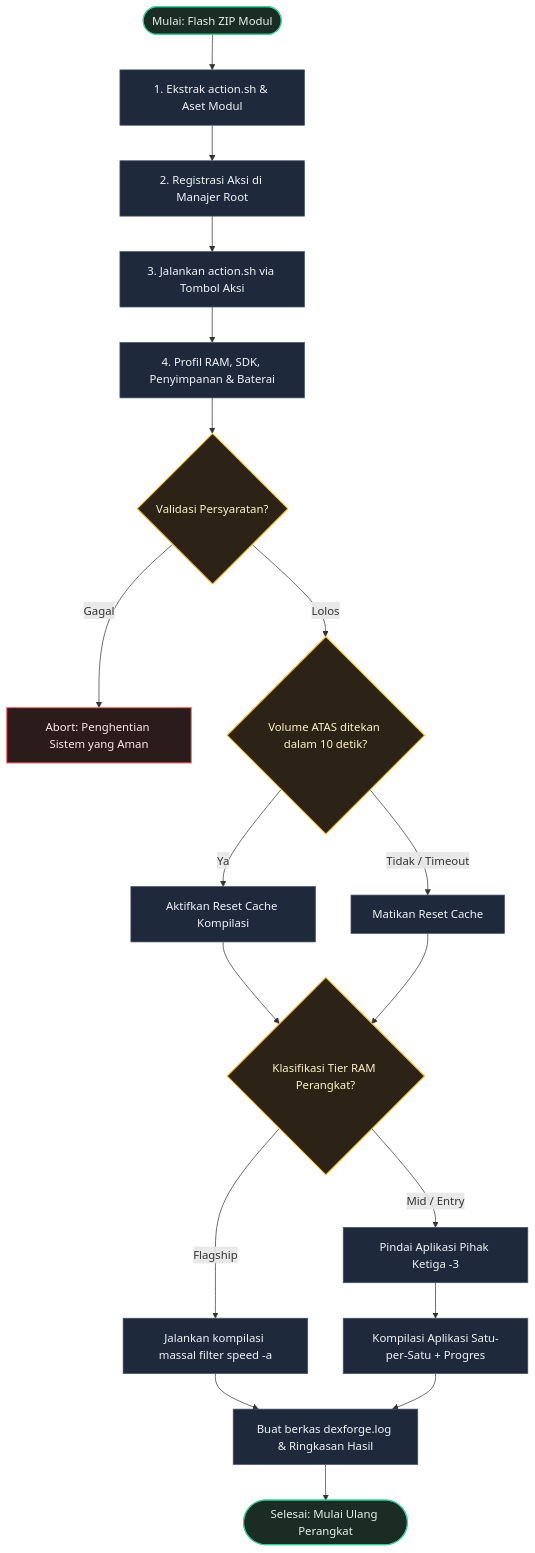
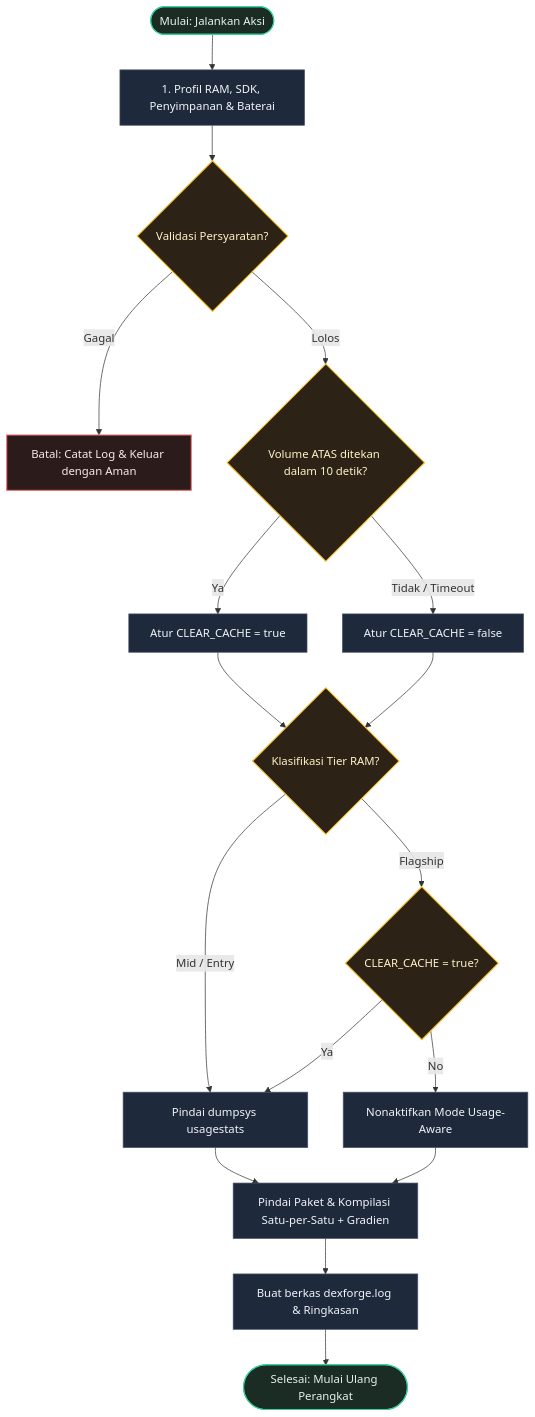
Before and after one commit to dyokism/DexForge: the second of 2 diagrams in README.id.md, drawn with Mermaid. The commit also changed other lines of this file and 9 other files, not shown here.

First line of the commit message:
feat: add usage-aware compilation & dynamic CPU sets (v2.1)

````diff
--- a/README.id.md
+++ b/README.id.md
@@ -106,37 +135,37 @@
 ```mermaid
 flowchart TD
-    Start([Mulai: Flash ZIP Modul]) --> Install[1. Ekstrak action.sh & Aset Modul]
-    Install --> Setup[2. Registrasi Aksi di Manajer Root]
-    Setup --> Trigger[3. Jalankan action.sh via Tombol Aksi]
-    Trigger --> EnvCheck[4. Profil RAM, SDK, Penyimpanan & Baterai]
+    Start([Mulai: Jalankan Aksi]) --> EnvCheck[1. Profil RAM, SDK, Penyimpanan & Baterai]
     EnvCheck --> Verification{Validasi Persyaratan?}
     
-    Verification -- Gagal --> Abort[Abort: Penghentian Sistem yang Aman]
+    Verification -- Gagal --> Abort[Batal: Catat Log & Keluar dengan Aman]
     Verification -- Lolos --> VolumePrompt{Volume ATAS ditekan dalam 10 detik?}
     
-    VolumePrompt -- Ya --> CacheReset[Aktifkan Reset Cache Kompilasi]
-    VolumePrompt -- Tidak / Timeout --> CompileOnly[Matikan Reset Cache]
+    VolumePrompt -- Ya --> CacheReset[Atur CLEAR_CACHE = true]
+    VolumePrompt -- Tidak / Timeout --> CompileOnly[Atur CLEAR_CACHE = false]
     
-    CacheReset --> DeviceTier{Klasifikasi Tier RAM Perangkat?}
+    CacheReset --> DeviceTier{Klasifikasi Tier RAM?}
     CompileOnly --> DeviceTier
     
-    DeviceTier -- Flagship --> Bulk[Jalankan kompilasi massal filter speed -a]
-    DeviceTier -- Mid / Entry --> Scan[Pindai Aplikasi Pihak Ketiga -3]
+    DeviceTier -- Flagship --> FlagshipBranch{CLEAR_CACHE = true?}
+    DeviceTier -- Mid / Entry --> Usagestats[Pindai dumpsys usagestats]
     
-    Scan --> ProcessApps[Kompilasi Aplikasi Satu-per-Satu + Progres]
-    Bulk --> Output[Buat berkas dexforge.log & Ringkasan Hasil]
-    ProcessApps --> Output
+    FlagshipBranch -- Ya --> Usagestats
+    FlagshipBranch -- No --> FlatFilter[Nonaktifkan Mode Usage-Aware]
     
+    Usagestats --> PackageLoop[Pindai Paket & Kompilasi Satu-per-Satu + Gradien]
+    FlatFilter --> PackageLoop
+    
+    PackageLoop --> Output[Buat berkas dexforge.log & Ringkasan]
     Output --> Finish([Selesai: Mulai Ulang Perangkat])
 
     %% Kustomisasi Tampilan dan Warna (Tema Gelap Ultra-Redup)
     classDef startEnd fill:#1b2c24,stroke:#34d399,stroke-width:1.5px,color:#e6f4ea;
     classDef fail fill:#2c1b1b,stroke:#f87171,stroke-width:1.5px,color:#fce8e6;
     classDef decision fill:#2d2216,stroke:#fbbf24,stroke-width:1.5px,color:#fef3c7;
     classDef process fill:#1e293b,stroke:#475569,stroke-width:1px,color:#f1f5f9;
     
     class Start,Finish startEnd;
     class Abort fail;
-    class Verification,VolumePrompt,DeviceTier decision;
-    class Install,Setup,Trigger,EnvCheck,CacheReset,CompileOnly,Bulk,Scan,ProcessApps,Output process;
+    class Verification,VolumePrompt,DeviceTier,FlagshipBranch decision;
+    class EnvCheck,CacheReset,CompileOnly,Usagestats,FlatFilter,PackageLoop,Output process;
 ```
````
